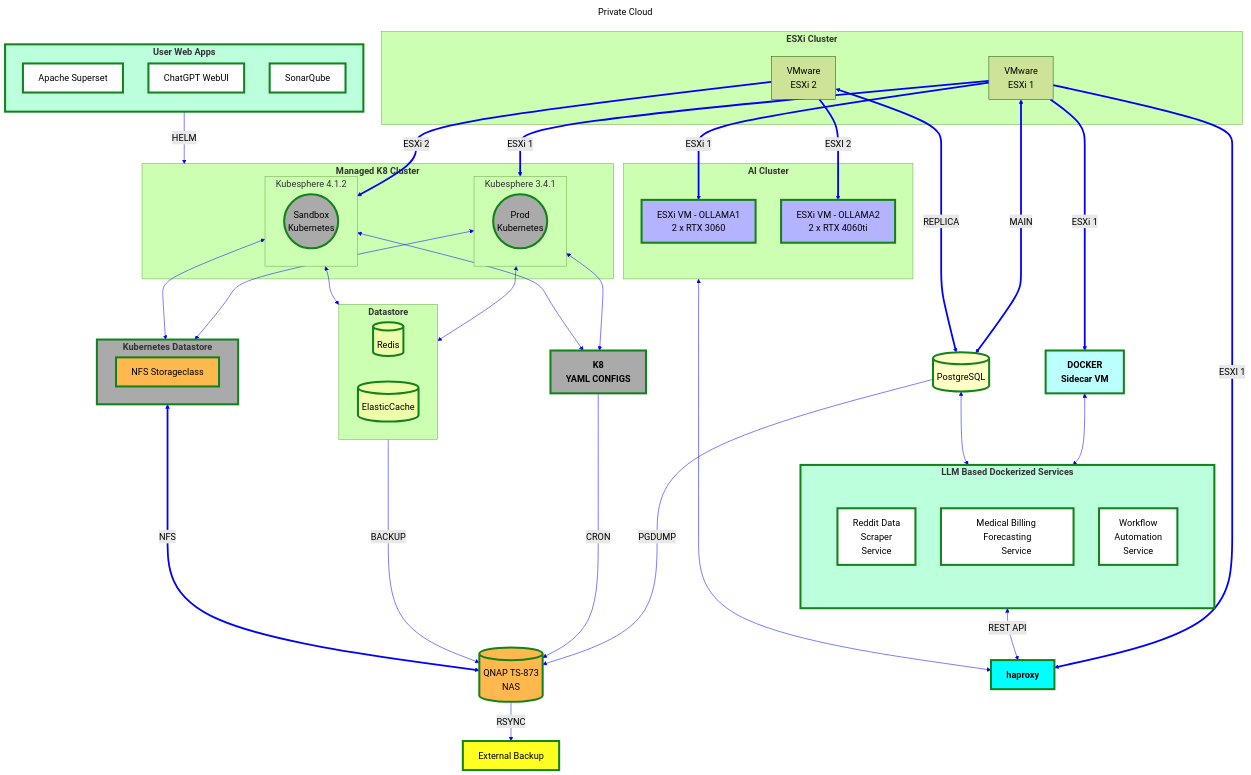
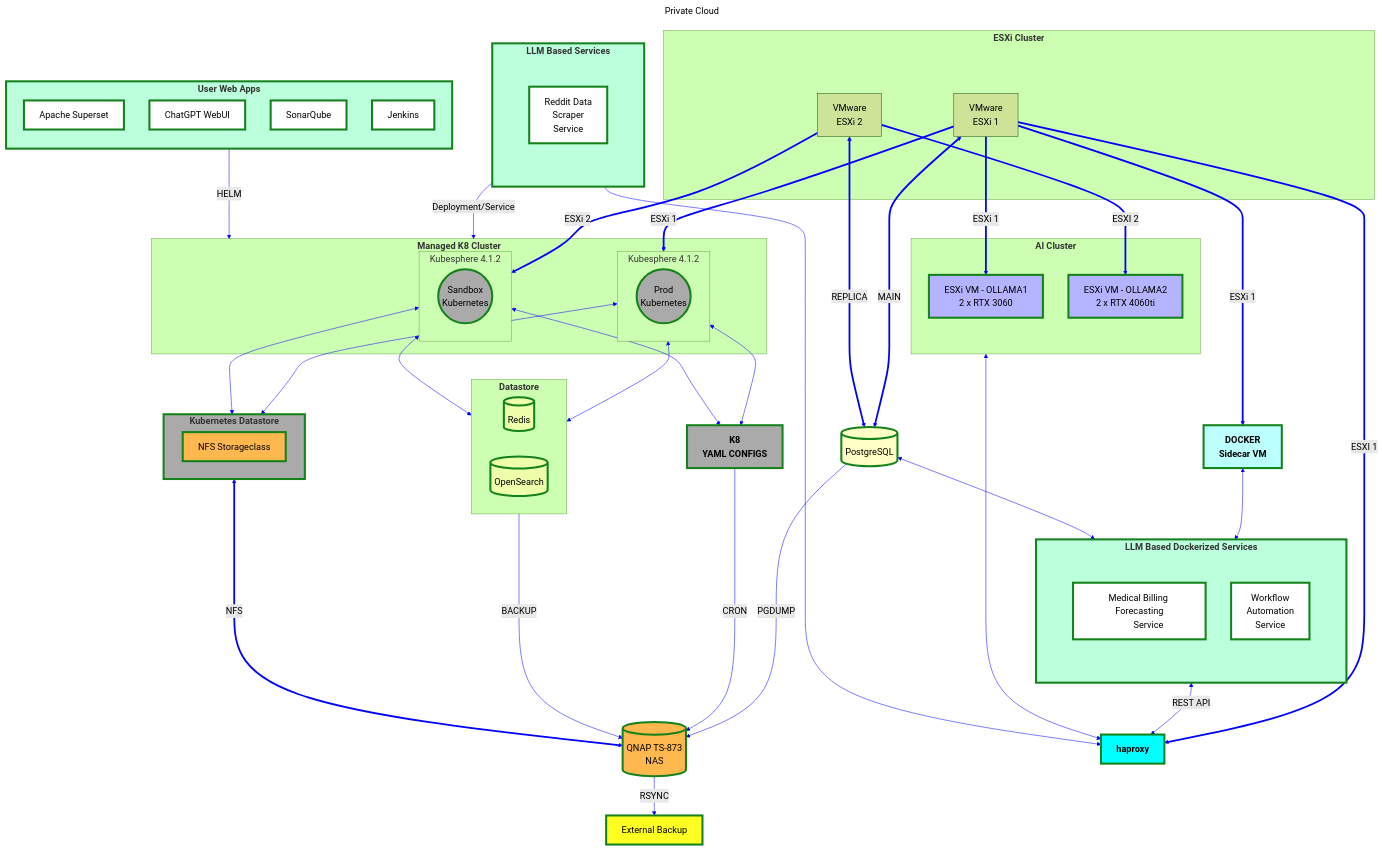
The diagram in petprojects/private_cloud.md (ovaisq/processes), drawn with Mermaid before and after one commit.

Commit message:
Updated the private cloud diagram

````diff
--- a/petprojects/private_cloud.md
+++ b/petprojects/private_cloud.md
@@ -25,8 +25,10 @@
     style SUPERSET fill:#ffffff,stroke:#13821a,stroke-width:4px
     style ChatGPTUI fill:#ffffff,stroke:#13821a,stroke-width:4px
     style SONAR fill:#ffffff,stroke:#13821a,stroke-width:4px
+    style JENKINS fill:#ffffff,stroke:#13821a,stroke-width:4px
     style BACKUP fill:#ff0d,stroke:#13821a,stroke-width:4px
     style LLMAPPS fill:#bbffdd,stroke:#13821a,stroke-width:4px
+    style LLMAPPSK8 fill:#bbffdd,stroke:#13821a,stroke-width:4px
     style RedditScraper fill:#ffffff,stroke:#13821a,stroke-width:4px
     style MedBillingForecast fill:#ffffff,stroke:#13821a,stroke-width:4px
     style VariousWorkflowAutomation fill:#ffffff,stroke:#13821a,stroke-width:4px
@@ -41,13 +43,20 @@
     subgraph LLMAPPS["`**LLM Based Dockerized Services**`"]
         subgraph blank[ ]
         direction BT
-        RedditScraper[Reddit Data
-        Scraper
-        Service]
+
         MedBillingForecast[Medical Billing Forecasting
         Service]
         VariousWorkflowAutomation[Workflow
         Automation
+        Service]
+        end
+    end
+
+    subgraph LLMAPPSK8["`**LLM Based Services**`"]
+        subgraph blank2[ ]
+        direction BT
+        RedditScraper[Reddit Data
+        Scraper
         Service]
         end
     end
@@ -68,10 +77,10 @@
 
     subgraph DATASTORE["`**Datastore**`"]
         REDIS[(Redis)]
-        ELASTIC[(ElasticCache)]
+        ELASTIC[(OpenSearch)]
     end
     subgraph K8["`**Managed K8 Cluster**`"]
-        subgraph KS3[Kubesphere 3.4.1]
+        subgraph KS3[Kubesphere 4.1.2]
             K8_1((Prod
             Kubernetes))
         end
@@ -97,6 +106,7 @@
         SUPERSET[Apache Superset]
         ChatGPTUI[ChatGPT WebUI]
         SONAR[SonarQube]
+        JENKINS[Jenkins]
     end
 
 
@@ -113,6 +123,9 @@
 
     DOCKER <--> LLMAPPS <--REST API--> HAPROXY
     LLM <--> HAPROXY
+
+    LLMAPPSK8 --Deployment/Service--> K8
+    LLMAPPSK8 --> HAPROXY
 
     APPS --HELM--> K8
 
@@ -136,4 +149,5 @@
     
     PSQL <--> LLMAPPS
 class blank subgraph_padding
+class blank2 subgraph_padding
 ```
````
